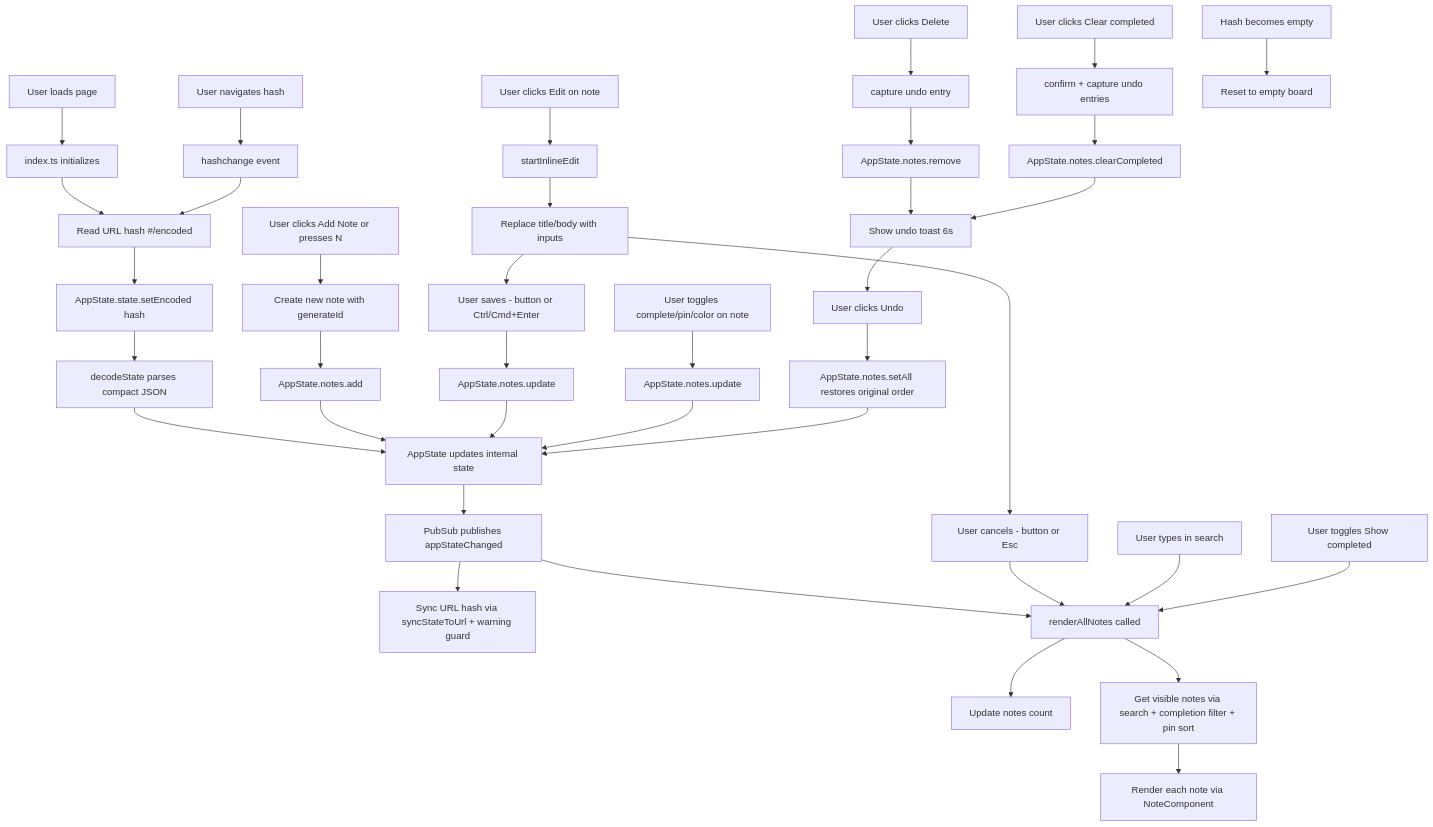
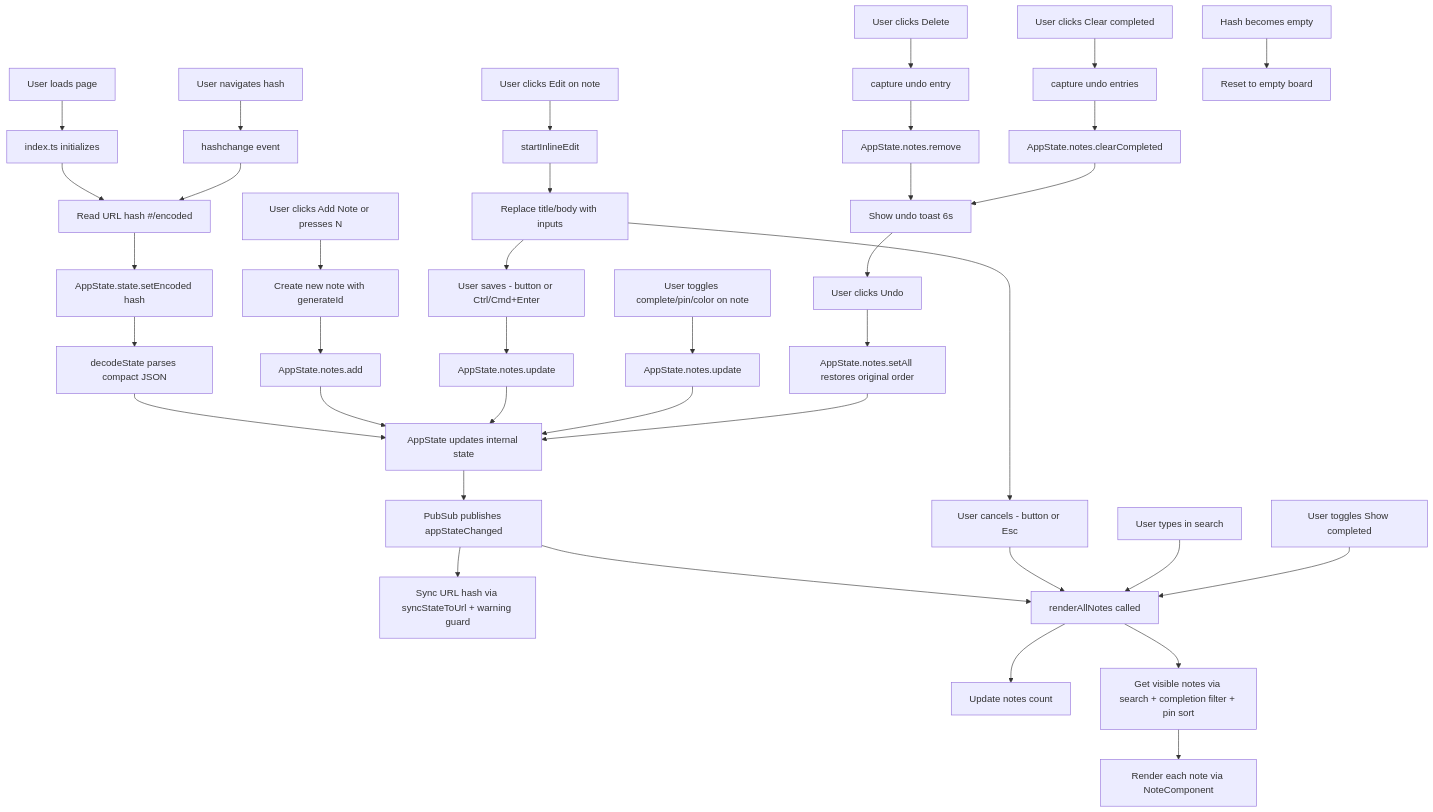
One commit to hiimalexjgarcia/base64-encoded-state-test changed the diagram in README.md. Above: the diagram before and after it, drawn with Mermaid. The commit also changed other lines of this file and 3 other files, not shown here.

First line of the commit message:
feat: drop clear-completed confirmation and debounce search

````diff
--- a/README.md
+++ b/README.md
@@ -67,48 +67,48 @@
 ```mermaid
 graph TD
     A[User loads page] --> B[index.ts initializes]
     B --> C[Read URL hash #/encoded]
     C --> D[AppState.state.setEncoded hash]
     D --> E[decodeState parses compact JSON]
     E --> F[AppState updates internal state]
     F --> G[PubSub publishes appStateChanged]
     G --> H[Sync URL hash via syncStateToUrl + warning guard]
     G --> I[renderAllNotes called]
     I --> M[Update notes count]
     I --> J[Get visible notes via search + completion filter + pin sort]
     J --> L[Render each note via NoteComponent]
 
     N[User clicks Add Note or presses N] --> O[Create new note with generateId]
     O --> P[AppState.notes.add]
     P --> F
 
     Q[User clicks Edit on note] --> R[startInlineEdit]
     R --> S[Replace title/body with inputs]
     S --> T[User saves - button or Ctrl/Cmd+Enter]
     T --> U[AppState.notes.update]
     U --> F
     S --> V[User cancels - button or Esc]
     V --> I
 
     W[User toggles complete/pin/color on note] --> X[AppState.notes.update]
     X --> F
 
     Y[User clicks Delete] --> Z[capture undo entry]
     Z --> AA[AppState.notes.remove]
     AA --> AB[Show undo toast 6s]
     AB --> AC[User clicks Undo]
     AC --> AD[AppState.notes.setAll restores original order]
     AD --> F
 
-    AE[User clicks Clear completed] --> AF[confirm + capture undo entries]
+    AE[User clicks Clear completed] --> AF[capture undo entries]
     AF --> AG[AppState.notes.clearCompleted]
     AG --> AB
 
     AH[User types in search] --> I
 
     AI[User toggles Show completed] --> I
 
     AJ[User navigates hash] --> AK[hashchange event]
     AK --> C
     AL[Hash becomes empty] --> AM[Reset to empty board]
 ```
````
